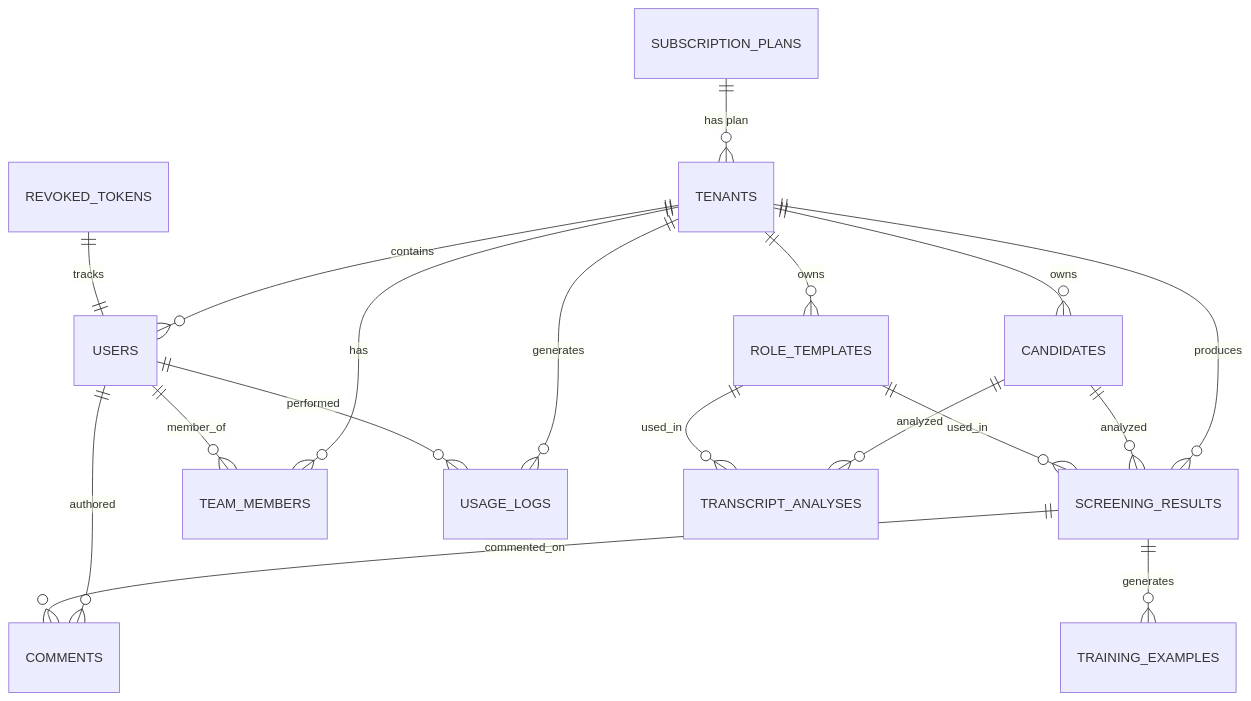
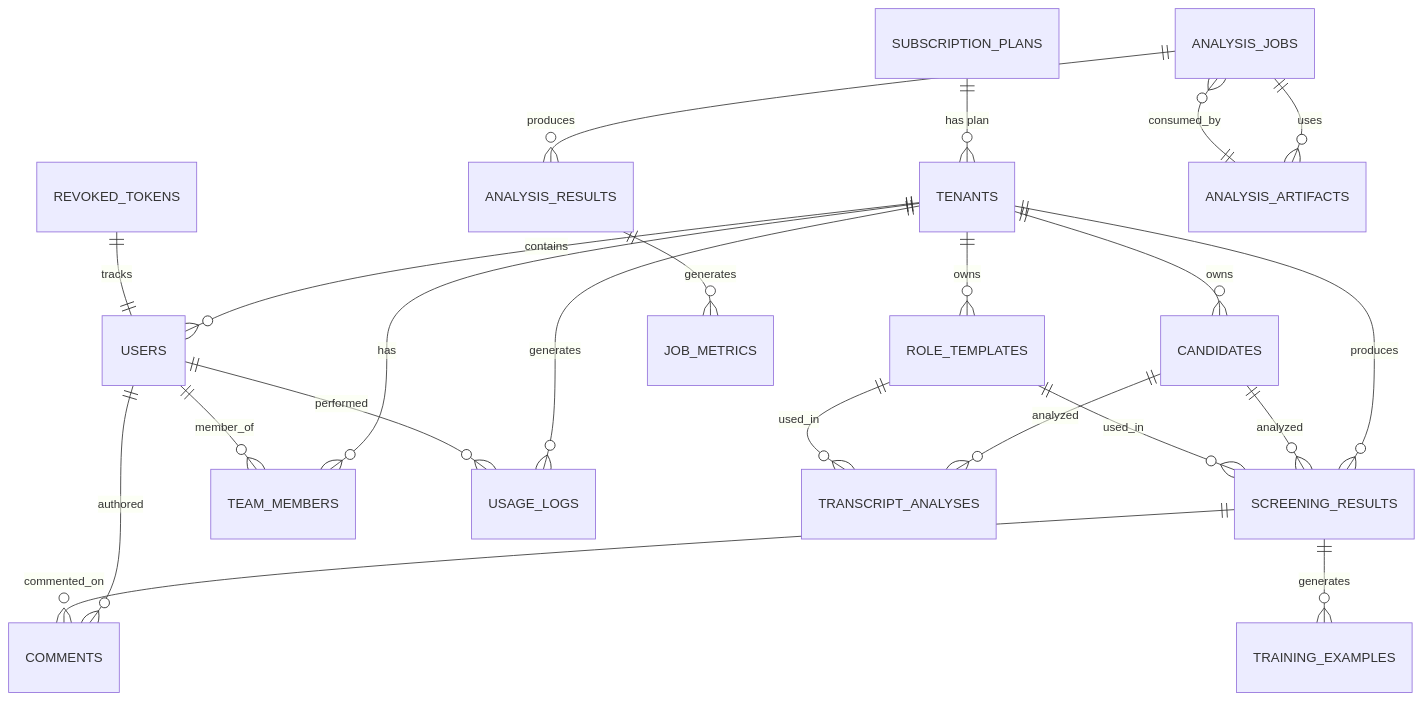
The second of 7 diagrams in .qoder/repowiki/en/content/Database Design/Database Design.md (Revanththetalogics/aireume), drawn with Mermaid before and after one commit. The commit also changed other lines of this file and 20 other files, not shown here.

````diff
--- a/.qoder/repowiki/en/content/Database Design/Database Design.md
+++ b/.qoder/repowiki/en/content/Database Design/Database Design.md
@@ -146,20 +168,24 @@
 ```mermaid
 erDiagram
 SUBSCRIPTION_PLANS ||--o{ TENANTS : "has plan"
 TENANTS ||--o{ USERS : "contains"
 TENANTS ||--o{ CANDIDATES : "owns"
 TENANTS ||--o{ ROLE_TEMPLATES : "owns"
 TENANTS ||--o{ SCREENING_RESULTS : "produces"
 TENANTS ||--o{ TEAM_MEMBERS : "has"
 TENANTS ||--o{ USAGE_LOGS : "generates"
 USERS ||--o{ TEAM_MEMBERS : "member_of"
 USERS ||--o{ COMMENTS : "authored"
 USERS ||--o{ USAGE_LOGS : "performed"
 CANDIDATES ||--o{ SCREENING_RESULTS : "analyzed"
 CANDIDATES ||--o{ TRANSCRIPT_ANALYSES : "analyzed"
 ROLE_TEMPLATES ||--o{ SCREENING_RESULTS : "used_in"
 ROLE_TEMPLATES ||--o{ TRANSCRIPT_ANALYSES : "used_in"
 SCREENING_RESULTS ||--o{ COMMENTS : "commented_on"
 SCREENING_RESULTS ||--o{ TRAINING_EXAMPLES : "generates"
 REVOKED_TOKENS ||--|| USERS : "tracks"
+ANALYSIS_JOBS ||--o{ ANALYSIS_RESULTS : "produces"
+ANALYSIS_JOBS ||--o{ ANALYSIS_ARTIFACTS : "uses"
+ANALYSIS_RESULTS ||--o{ JOB_METRICS : "generates"
+ANALYSIS_ARTIFACTS ||--o{ ANALYSIS_JOBS : "consumed_by"
 ```
````
